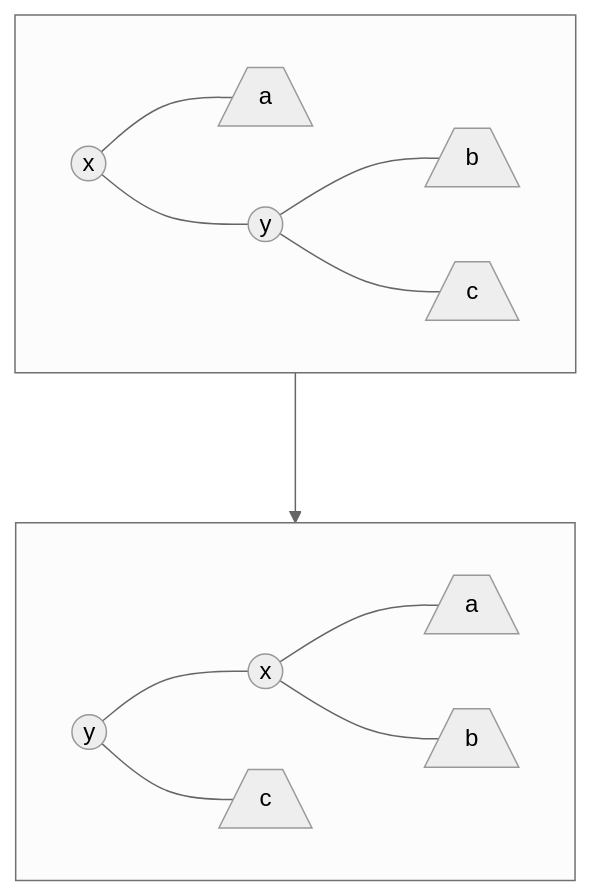
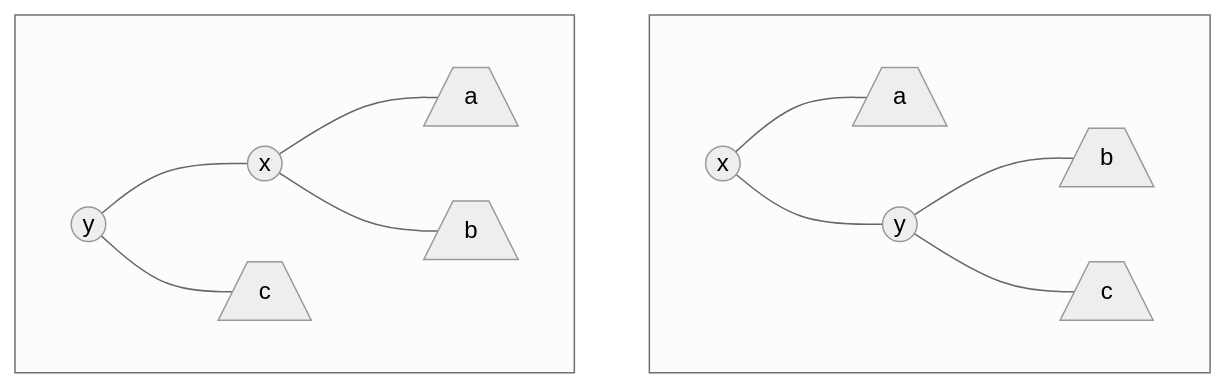
The third of 3 diagrams in cours/black-red-trees.md (Kechidi/TP1), drawn with Mermaid (neutral theme) before and after one commit.

Commit message:
Pb figure

````diff
--- a/cours/black-red-trees.md
+++ b/cours/black-red-trees.md
@@ -106,13 +106,12 @@
 ```mermaid
 flowchart TD
   subgraph s1[ ]
   x1((x)) --- a1[/a\] & y1((y))
   y1 --- b1[/b\] & c1[/c\]
   end
 
   subgraph s2[ ]
   y2((y)) --- x2((x)) & c2[/c\]
   x2 --- a[/a\] & b[/b\]
   end
-  s1 ---> s2
 ```
````
